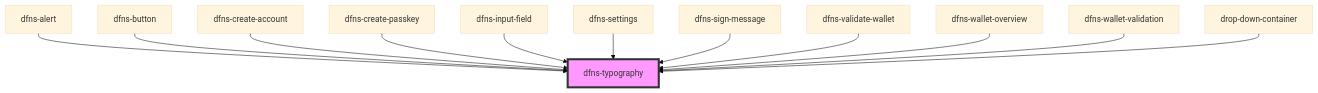
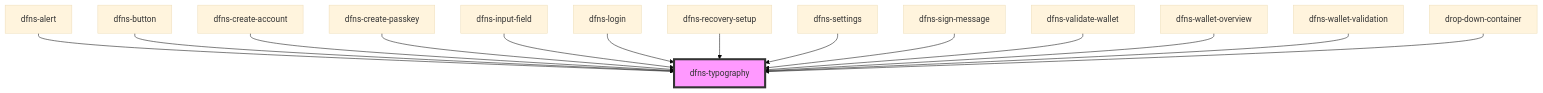
The diagram in src/components/Elements/Typography/dfns-typography/readme.md (dfnsext/web-ui), drawn with Mermaid (base theme) before and after one commit. The commit also changed other lines of this file and 22 other files, not shown here.

````diff
--- a/src/components/Elements/Typography/dfns-typography/readme.md
+++ b/src/components/Elements/Typography/dfns-typography/readme.md
@@ -34,15 +36,17 @@
 ```mermaid
 graph TD;
   dfns-alert --> dfns-typography
   dfns-button --> dfns-typography
   dfns-create-account --> dfns-typography
   dfns-create-passkey --> dfns-typography
   dfns-input-field --> dfns-typography
+  dfns-login --> dfns-typography
+  dfns-recovery-setup --> dfns-typography
   dfns-settings --> dfns-typography
   dfns-sign-message --> dfns-typography
   dfns-validate-wallet --> dfns-typography
   dfns-wallet-overview --> dfns-typography
   dfns-wallet-validation --> dfns-typography
   drop-down-container --> dfns-typography
   style dfns-typography fill:#f9f,stroke:#333,stroke-width:4px
 ```
````
